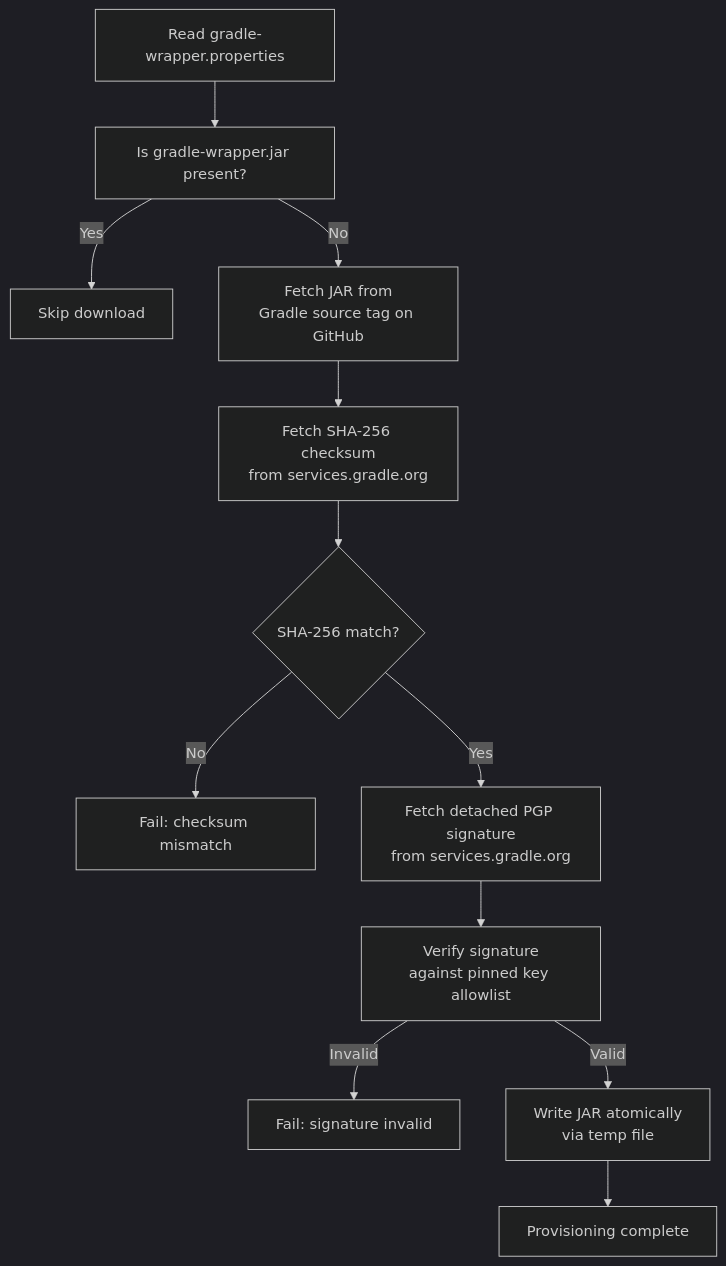
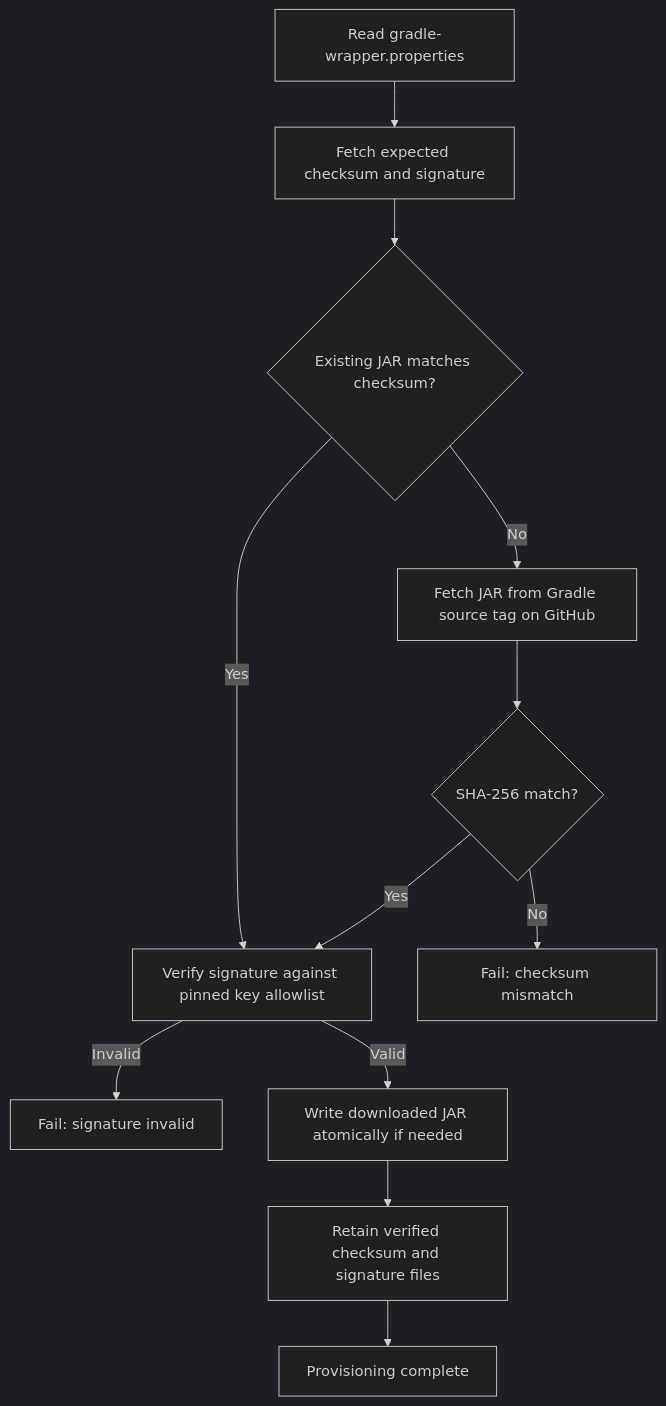
One commit to buildish-tooling/buildish-mammoth-cache changed the diagram in docs/architecture/wrapper-provisioning.md. Above: the diagram before and after it, drawn with Mermaid (dark theme). The commit also changed other lines of this file and 4 other files, not shown here.

First line of the commit message:
Align Gradle wrapper metadata names with custom launchers

````diff
--- a/docs/architecture/wrapper-provisioning.md
+++ b/docs/architecture/wrapper-provisioning.md
@@ -52,14 +52,14 @@
 ```mermaid
 flowchart TD
-    A[Read gradle-wrapper.properties] --> B[Is gradle-wrapper.jar present?]
-    B -- Yes --> Z1[Skip download]
-    B -- No --> C[Fetch JAR from\nGradle source tag on GitHub]
-    C --> D[Fetch SHA-256 checksum\nfrom services.gradle.org]
+    A[Read gradle-wrapper.properties] --> B[Fetch expected checksum and signature]
+    B --> C{Existing JAR matches checksum?}
+    C -- Yes --> G[Verify signature against pinned key allowlist]
+    C -- No --> D[Fetch JAR from Gradle source tag on GitHub]
     D --> E{SHA-256 match?}
     E -- No --> FAIL1[Fail: checksum mismatch]
-    E -- Yes --> F[Fetch detached PGP signature\nfrom services.gradle.org]
-    F --> G[Verify signature\nagainst pinned key allowlist]
+    E -- Yes --> G
     G -- Invalid --> FAIL2[Fail: signature invalid]
-    G -- Valid --> H[Write JAR atomically\nvia temp file]
-    H --> Z2[Provisioning complete]
+    G -- Valid --> H[Write downloaded JAR atomically if needed]
+    H --> I[Retain verified checksum and signature files]
+    I --> Z[Provisioning complete]
 ```
````
